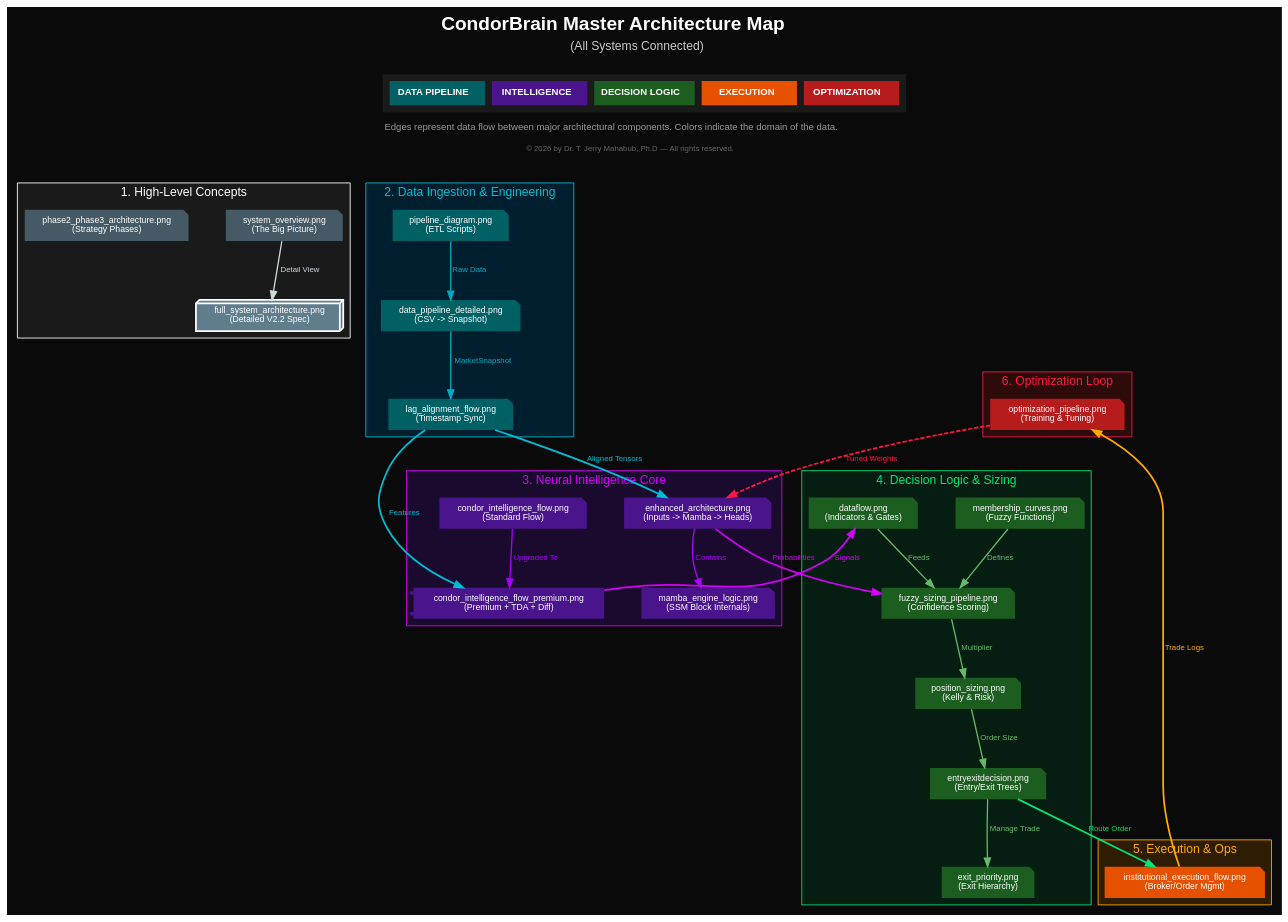
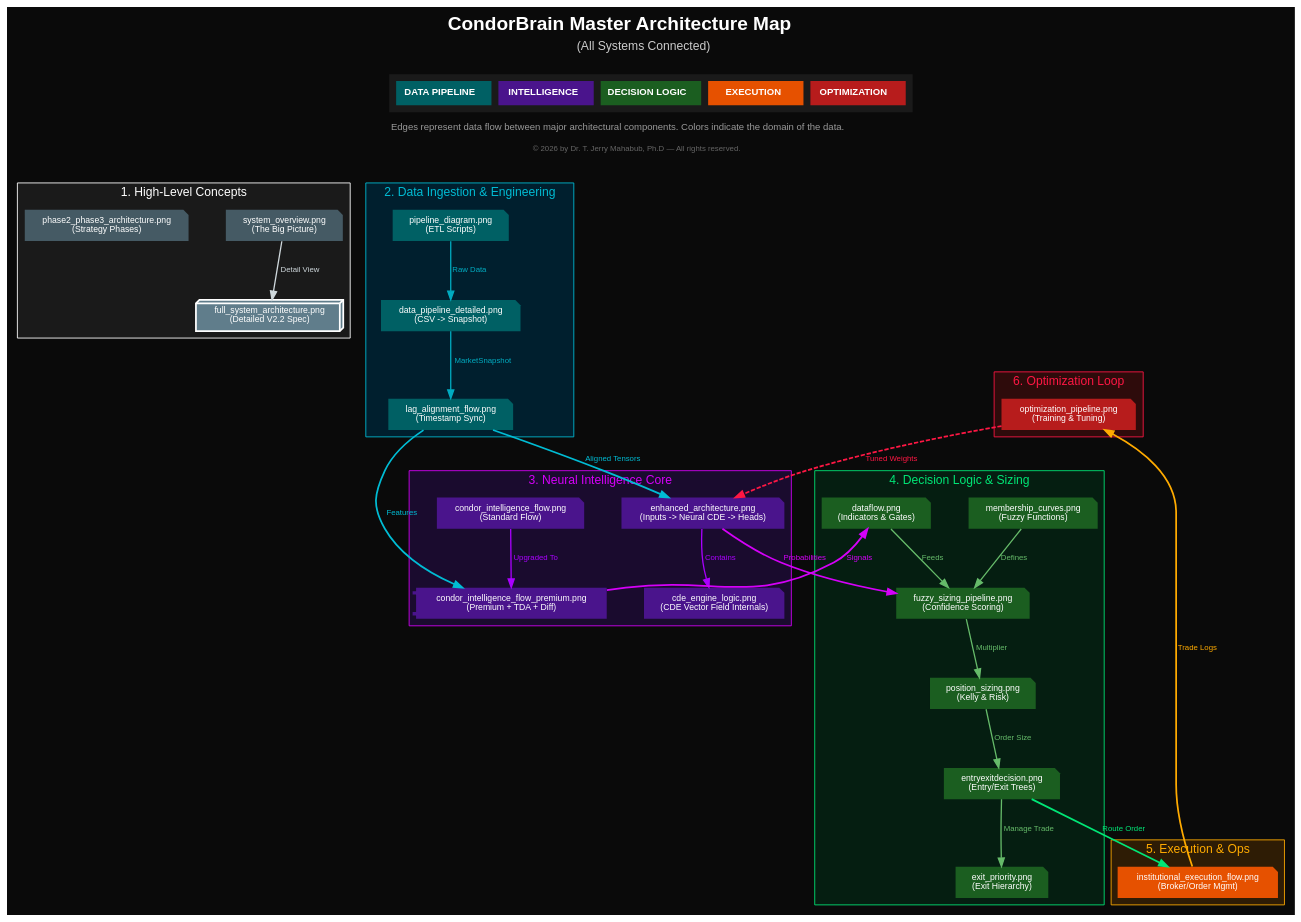
One commit to trextrader/spy-iron-condor-trading changed the diagram in docs/architecture/diagram_map.dot. Above: the diagram before and after it, drawn with Graphviz. The commit also changed 49 other files, not shown here.

Commit message:
docs: Comprehensive migration to Neural CDE across all specifications and diagrams

```diff
--- a/docs/architecture/diagram_map.dot
+++ b/docs/architecture/diagram_map.dot
@@ -1,176 +1,176 @@
 digraph DiagramMap {
     rankdir=TB;
     compound=true;
     nodesep=0.6;
     ranksep=0.8;
     bgcolor="#0a0a0a";
     fontname="Helvetica";
     
     // Global Styling
     node [shape=note, fontname="Helvetica", fontsize=10, style="filled,rounded", fontcolor="white", penwidth=0, margin="0.2,0.1"];
     edge [fontname="Helvetica", fontsize=9, penwidth=1.5];
     
     // =========================================================================
     // LEGEND AS GRAPH LABEL (Guaranteed Centering)
     // =========================================================================
     labelloc="t";
     label = <
     <TABLE BORDER="0" CELLBORDER="0" CELLSPACING="0">
       <TR><TD><FONT POINT-SIZE="22" COLOR="white"><B>CondorBrain Master Architecture Map</B></FONT></TD></TR>
       <TR><TD><FONT POINT-SIZE="14" COLOR="#cccccc">(All Systems Connected)</FONT></TD></TR>
       <TR><TD HEIGHT="20"></TD></TR>
       <TR><TD>
         <TABLE BORDER="0" CELLBORDER="0" CELLSPACING="8" BGCOLOR="#1a1a1a" CELLPADDING="8">
           <TR>
             <TD BGCOLOR="#006064" WIDTH="110" HEIGHT="24" ALIGN="CENTER"><FONT COLOR="white" POINT-SIZE="11"><B>DATA PIPELINE</B></FONT></TD>
             <TD BGCOLOR="#4a148c" WIDTH="110" HEIGHT="24" ALIGN="CENTER"><FONT COLOR="white" POINT-SIZE="11"><B>INTELLIGENCE</B></FONT></TD>
             <TD BGCOLOR="#1b5e20" WIDTH="110" HEIGHT="24" ALIGN="CENTER"><FONT COLOR="white" POINT-SIZE="11"><B>DECISION LOGIC</B></FONT></TD>
             <TD BGCOLOR="#e65100" WIDTH="110" HEIGHT="24" ALIGN="CENTER"><FONT COLOR="white" POINT-SIZE="11"><B>EXECUTION</B></FONT></TD>
             <TD BGCOLOR="#b71c1c" WIDTH="110" HEIGHT="24" ALIGN="CENTER"><FONT COLOR="white" POINT-SIZE="11"><B>OPTIMIZATION</B></FONT></TD>
           </TR>
         </TABLE>
       </TD></TR>
       <TR><TD HEIGHT="8"></TD></TR>
       <TR><TD><FONT POINT-SIZE="11" COLOR="#999999">Edges represent data flow between major architectural components. Colors indicate the domain of the data.</FONT></TD></TR>
       <TR><TD HEIGHT="10"></TD></TR>
       <TR><TD><FONT POINT-SIZE="9" COLOR="#666666">© 2026 by Dr. T. Jerry Mahabub, Ph.D — All rights reserved.</FONT></TD></TR>
       <TR><TD HEIGHT="20"></TD></TR>
     </TABLE>
     >;
     
     // =========================================================================
     // 1. HIGH-LEVEL OVERVIEW (White/Gray)
     // =========================================================================
     subgraph cluster_overview {
         label = "1. High-Level Concepts";
         style = filled;
         fillcolor = "#1a1a1a";
         color = "#ffffff";
         fontcolor = "white";
         
         d_sys_overview [label="system_overview.png\n(The Big Picture)", href="system_overview.png", fillcolor="#455a64"];
         d_full [label="full_system_architecture.png\n(Detailed V2.2 Spec)", href="full_system_architecture.png", fillcolor="#607d8b", shape=box3d, penwidth=2, color="white"];
         d_phase23 [label="phase2_phase3_architecture.png\n(Strategy Phases)", href="phase2_phase3_architecture.png", fillcolor="#455a64"];
         
         d_sys_overview -> d_full [label="Detail View", color="#cfd8dc", fontcolor="#cfd8dc"];
     }
 
     // =========================================================================
     // 2. DATA PIPELINE LAYER (Cyan/Blue)
     // =========================================================================
     subgraph cluster_data {
         label = "2. Data Ingestion & Engineering";
         style = filled;
         fillcolor = "#001f2e"; // Very Dark Cyan
         color = "#00bcd4";
         fontcolor = "#00bcd4";
         
         node [fillcolor="#006064", fontcolor="white"]; // Cyan Nodes
         
         d_pipeline [label="pipeline_diagram.png\n(ETL Scripts)", href="pipeline_diagram.png"];
         d_data_detailed [label="data_pipeline_detailed.png\n(CSV -> Snapshot)", href="data_pipeline_detailed.png"];
         d_lag [label="lag_alignment_flow.png\n(Timestamp Sync)", href="lag_alignment_flow.png"];
         
         d_pipeline -> d_data_detailed [label="Raw Data", color="#00acc1", fontcolor="#00acc1"];
         d_data_detailed -> d_lag [label="MarketSnapshot", color="#00acc1", fontcolor="#00acc1"];
     }
     
     // =========================================================================
     // 3. INTELLIGENCE CORE (Purple/Violet)
     // =========================================================================
     subgraph cluster_intel {
         label = "3. Neural Intelligence Core";
         style = filled;
         fillcolor = "#1a0b2e"; // Very Dark Purple
         color = "#d500f9";
         fontcolor = "#d500f9";
         
         node [fillcolor="#4a148c", fontcolor="white"]; // Purple Nodes
         
-        d_enhanced [label="enhanced_architecture.png\n(Inputs -> Mamba -> Heads)", href="enhanced_architecture.png"];
-        d_mamba_logic [label="mamba_engine_logic.png\n(SSM Block Internals)", href="mamba_engine_logic.png"];
+        d_enhanced [label="enhanced_architecture.png\n(Inputs -> Neural CDE -> Heads)", href="enhanced_architecture.png"];
+        d_mamba_logic [label="cde_engine_logic.png\n(CDE Vector Field Internals)", href="cde_engine_logic.png"];
         d_flow [label="condor_intelligence_flow.png\n(Standard Flow)", href="condor_intelligence_flow.png"];
         d_flow_prem [label="condor_intelligence_flow_premium.png\n(Premium + TDA + Diff)", href="condor_intelligence_flow_premium.png", shape=component];
         
         d_enhanced -> d_mamba_logic [label="Contains", color="#aa00ff", fontcolor="#aa00ff"];
         d_flow -> d_flow_prem [label="Upgraded To", color="#aa00ff", fontcolor="#aa00ff"];
     }
 
     // =========================================================================
     // 4. LOGIC & DECISION LAYER (Green/Emerald)
     // =========================================================================
     subgraph cluster_logic {
         label = "4. Decision Logic & Sizing";
         style = filled;
         fillcolor = "#051e11"; // Very Dark Green
         color = "#00e676";
         fontcolor = "#00e676";
         
         node [fillcolor="#1b5e20", fontcolor="white"]; // Green Nodes
         
         d_dataflow [label="dataflow.png\n(Indicators & Gates)", href="dataflow.png"];
         d_fuzzy [label="fuzzy_sizing_pipeline.png\n(Confidence Scoring)", href="fuzzy_sizing_pipeline.png"];
         d_membership [label="membership_curves.png\n(Fuzzy Functions)", href="membership_curves.png"];
         d_pos_sizing [label="position_sizing.png\n(Kelly & Risk)", href="position_sizing.png"];
         d_entry_exit [label="entryexitdecision.png\n(Entry/Exit Trees)", href="entryexitdecision.png"];
         d_exit_prio [label="exit_priority.png\n(Exit Hierarchy)", href="exit_priority.png"];
         
         d_membership -> d_fuzzy [label="Defines", color="#66bb6a", fontcolor="#66bb6a"];
         d_dataflow -> d_fuzzy [label="Feeds", color="#66bb6a", fontcolor="#66bb6a"];
         d_fuzzy -> d_pos_sizing [label="Multiplier", color="#66bb6a", fontcolor="#66bb6a"];
         d_pos_sizing -> d_entry_exit [label="Order Size", color="#66bb6a", fontcolor="#66bb6a"];
         d_entry_exit -> d_exit_prio [label="Manage Trade", color="#66bb6a", fontcolor="#66bb6a"];
     }
 
     // =========================================================================
     // 5. EXECUTION & OPERATIONS (Orange/Gold)
     // =========================================================================
     subgraph cluster_exec {
         label = "5. Execution & Ops";
         style = filled;
         fillcolor = "#2e1c05"; // Very Dark Orange
         color = "#ffab00";
         fontcolor = "#ffab00";
         
         node [fillcolor="#e65100", fontcolor="white"]; // Orange Nodes
         
         d_inst_exec [label="institutional_execution_flow.png\n(Broker/Order Mgmt)", href="institutional_execution_flow.png"];
     }
 
     // =========================================================================
     // 6. OPTIMIZATION LOOP (Red/Rose)
     // =========================================================================
     subgraph cluster_opt {
         label = "6. Optimization Loop";
         style = filled;
         fillcolor = "#2e0b0b"; // Very Dark Red
         color = "#ff1744";
         fontcolor = "#ff1744";
         
         node [fillcolor="#b71c1c", fontcolor="white"]; // Red Nodes
         
         d_opt [label="optimization_pipeline.png\n(Training & Tuning)", href="optimization_pipeline.png"];
     }
     
     // =========================================================================
     // CONNECTIONS BETWEEN CLUSTERS (Multicolored)
     // =========================================================================
     
     // Data -> Intel (Cyan Edge)
     d_lag -> d_enhanced [label="Aligned Tensors", color="#00bcd4", fontcolor="#00bcd4", penwidth=2];
     d_lag -> d_flow_prem [label="Features", color="#00bcd4", fontcolor="#00bcd4", penwidth=2];
     
     // Intel -> Logic (Purple Edge)
     d_enhanced -> d_fuzzy [label="Probabilities", color="#d500f9", fontcolor="#d500f9", penwidth=2];
     d_flow_prem -> d_dataflow [label="Signals", color="#d500f9", fontcolor="#d500f9", penwidth=2];
     
     // Logic -> Exec (Green Edge)
     d_entry_exit -> d_inst_exec [label="Route Order", color="#00e676", fontcolor="#00e676", penwidth=2];
     
     // Exec -> Opt (Orange Edge)
     d_inst_exec -> d_opt [label="Trade Logs", color="#ffab00", fontcolor="#ffab00", penwidth=2];
     
     // Opt -> Intel (Red Edge - Feedback)
     d_opt -> d_enhanced [label="Tuned Weights", color="#ff1744", fontcolor="#ff1744", penwidth=2, style=dashed];
 
 }
```
